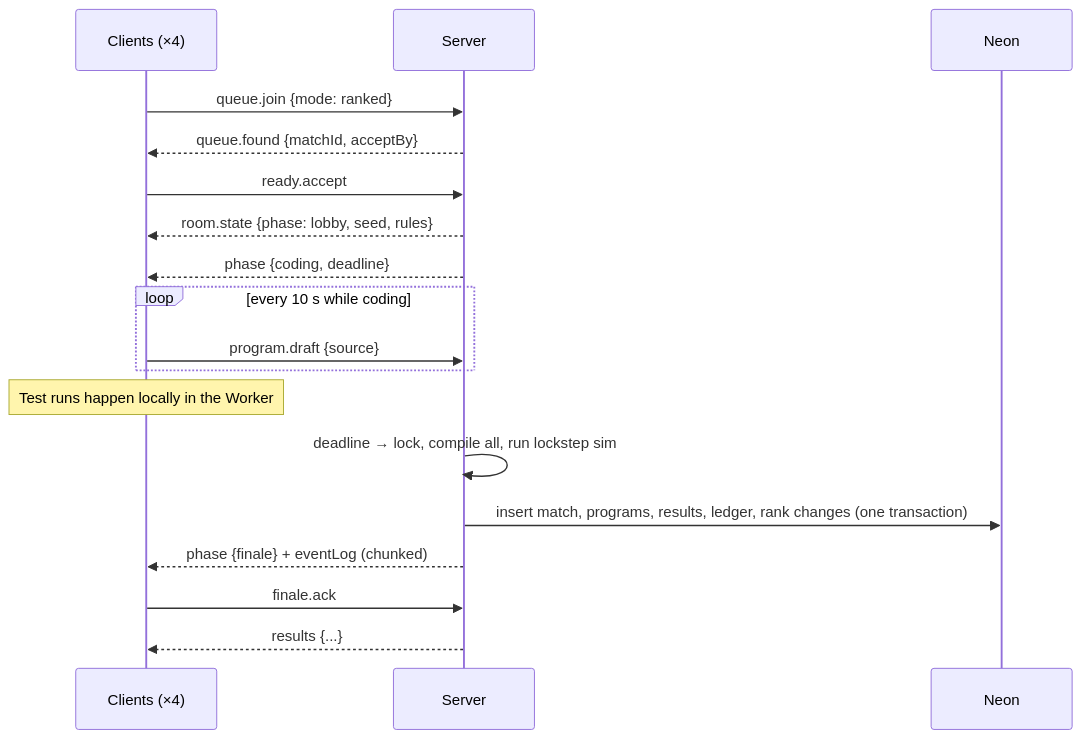
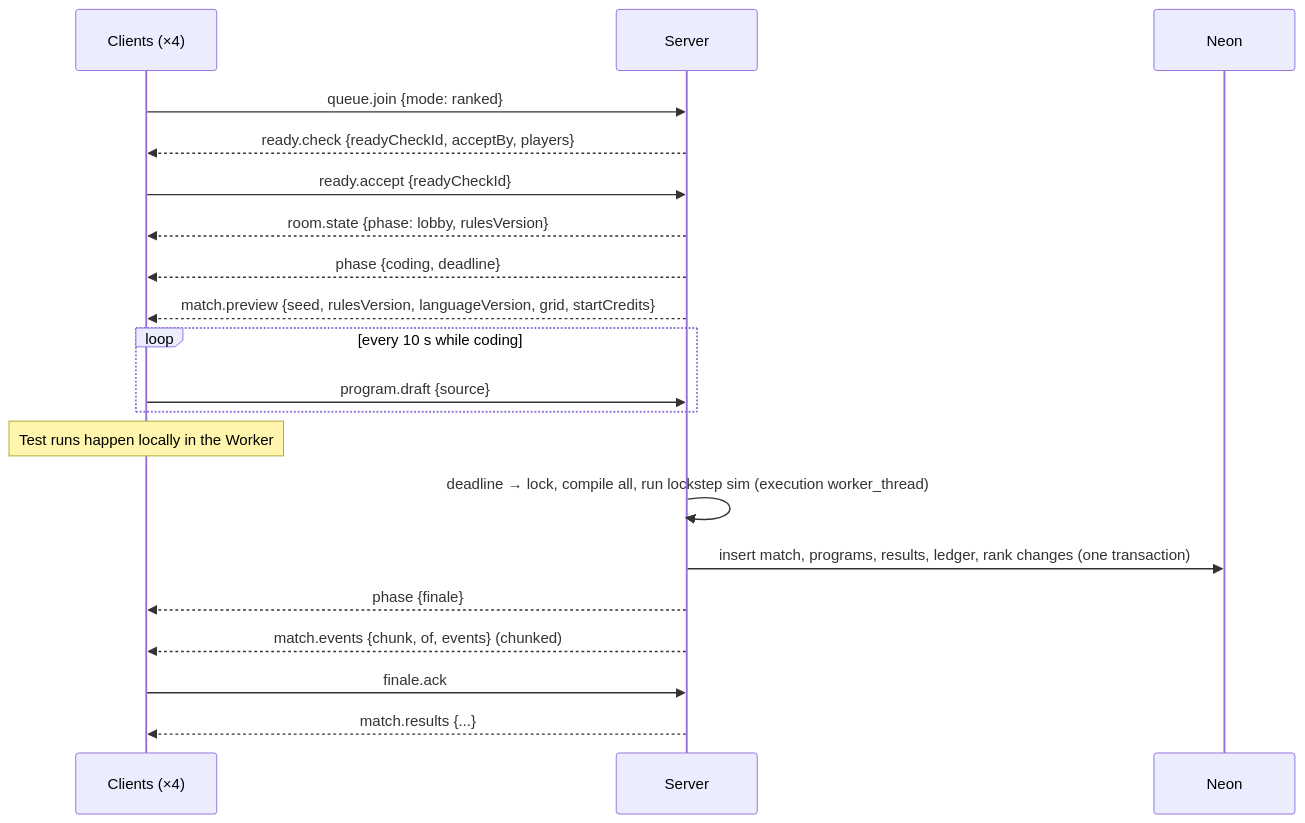
The second of 3 diagrams in docs/03-architecture/system-overview.md (EvanGUTK/Harvest-Game), drawn with Mermaid before and after one commit. The commit also changed other lines of this file and 33 other files, not shown here.

````diff
--- a/docs/03-architecture/system-overview.md
+++ b/docs/03-architecture/system-overview.md
@@ -67,20 +67,22 @@
 ```mermaid
 sequenceDiagram
   participant C as Clients (×4)
   participant S as Server
   participant DB as Neon
   C->>S: queue.join {mode: ranked}
-  S-->>C: queue.found {matchId, acceptBy}
-  C->>S: ready.accept
-  S-->>C: room.state {phase: lobby, seed, rules}
+  S-->>C: ready.check {readyCheckId, acceptBy, players}
+  C->>S: ready.accept {readyCheckId}
+  S-->>C: room.state {phase: lobby, rulesVersion}
   S-->>C: phase {coding, deadline}
+  S-->>C: match.preview {seed, rulesVersion, languageVersion, grid, startCredits}
   loop every 10 s while coding
     C->>S: program.draft {source}
   end
   Note over C: Test runs happen locally in the Worker
-  S->>S: deadline → lock, compile all, run lockstep sim
+  S->>S: deadline → lock, compile all, run lockstep sim (execution worker_thread)
   S->>DB: insert match, programs, results, ledger, rank changes (one transaction)
-  S-->>C: phase {finale} + eventLog (chunked)
+  S-->>C: phase {finale}
+  S-->>C: match.events {chunk, of, events} (chunked)
   C->>S: finale.ack
-  S-->>C: results {...}
+  S-->>C: match.results {...}
 ```
````
